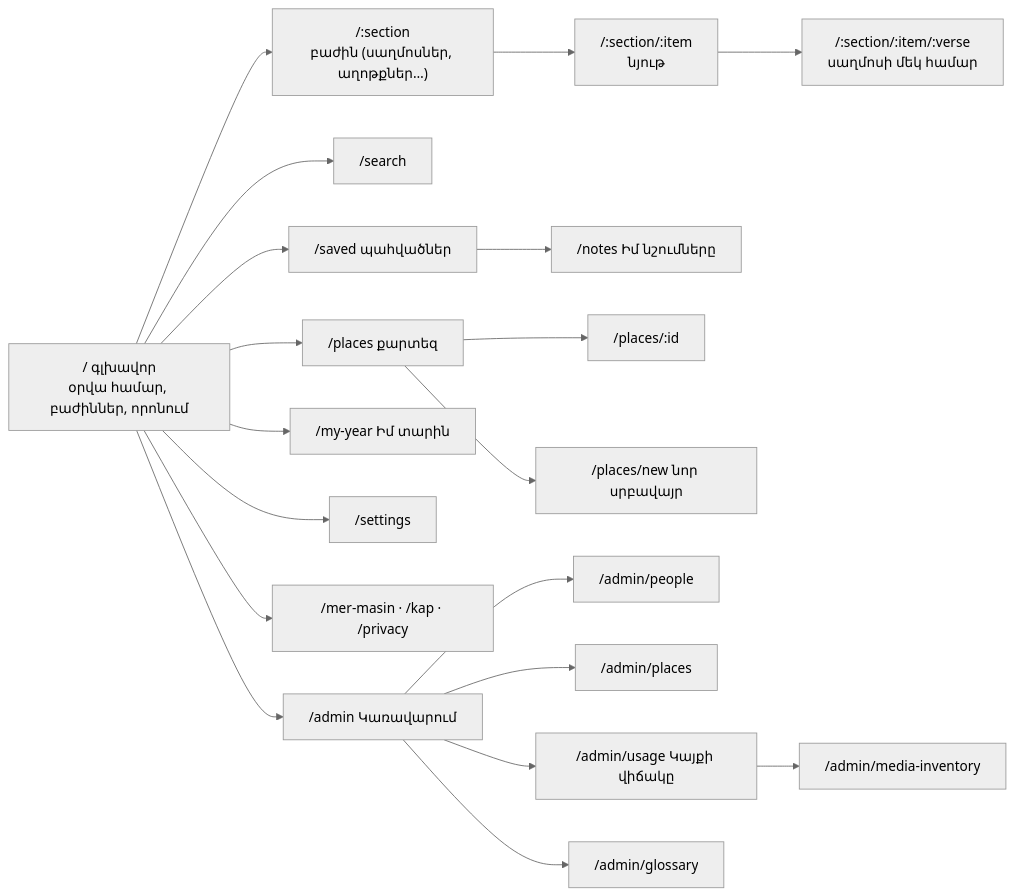
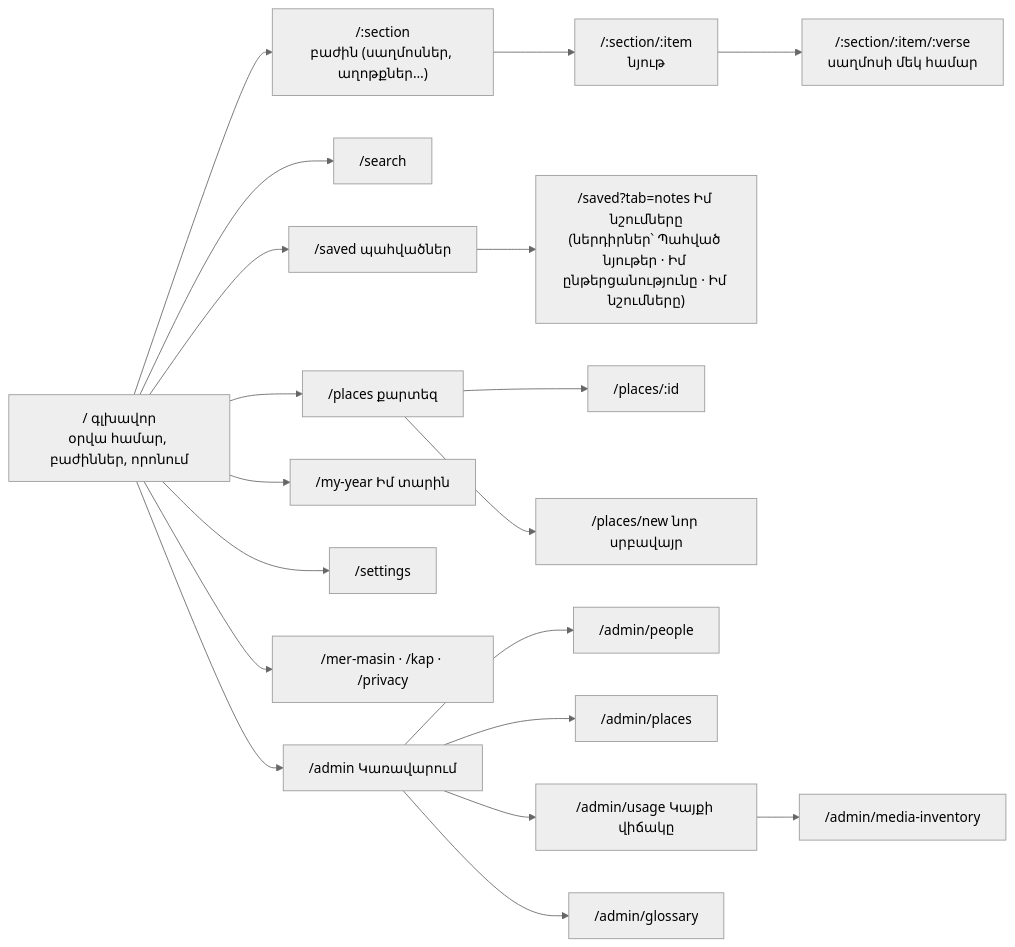
Before and after one commit to T0n0yan/armenian-apostolic-digital-library: the fifth of 23 diagrams in docs/ARCHITECTURE.md, drawn with Mermaid (neutral theme). The commit also changed other lines of this file and 19 other files, not shown here.

````diff
--- a/docs/ARCHITECTURE.md
+++ b/docs/ARCHITECTURE.md
@@ -201,22 +201,22 @@
 ```mermaid
 flowchart LR
   HOME["/ գլխավոր<br/>օրվա համար, բաժիններ, որոնում"]
   HOME --> SEC["/:section<br/>բաժին (սաղմոսներ, աղոթքներ…)"]
   SEC --> MAT["/:section/:item<br/>նյութ"]
   MAT --> VERSE["/:section/:item/:verse<br/>սաղմոսի մեկ համար"]
   HOME --> SEARCH["/search"]
   HOME --> SAVED["/saved պահվածներ"]
-  SAVED --> NOTES["/notes Իմ նշումները"]
+  SAVED --> NOTES["/saved?tab=notes Իմ նշումները<br/>(ներդիրներ՝ Պահված նյութեր · Իմ ընթերցանությունը · Իմ նշումները)"]
   HOME --> PLACES["/places քարտեզ"]
   PLACES --> PLACE["/places/:id"]
   PLACES --> PNEW["/places/new նոր սրբավայր"]
   HOME --> MY["/my-year Իմ տարին"]
   HOME --> SET["/settings"]
   HOME --> INFO["/mer-masin · /kap · /privacy"]
   HOME --> ADM["/admin Կառավարում"]
   ADM --> A1["/admin/people"]
   ADM --> A2["/admin/places"]
   ADM --> A3["/admin/usage Կայքի վիճակը"]
   ADM --> A4["/admin/glossary"]
   A3 --> A5["/admin/media-inventory"]
 ```
````
